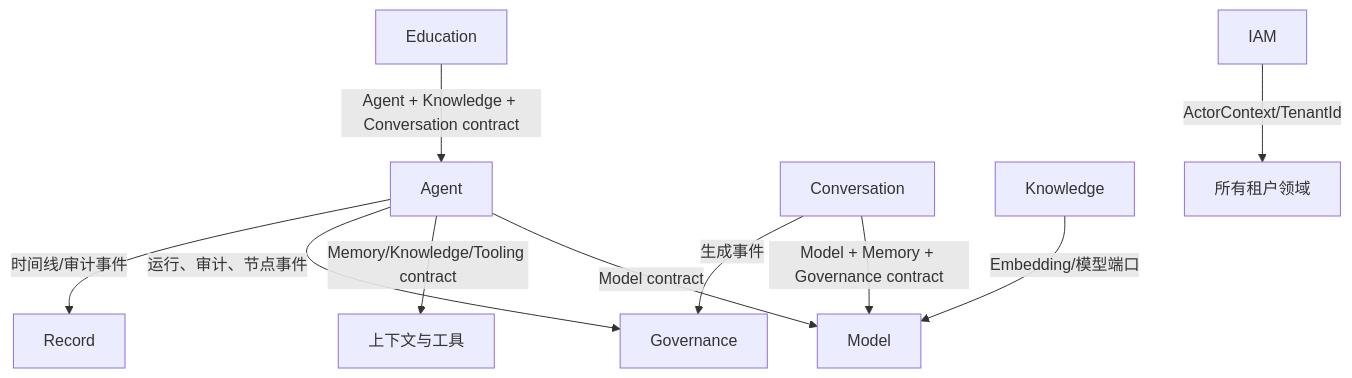
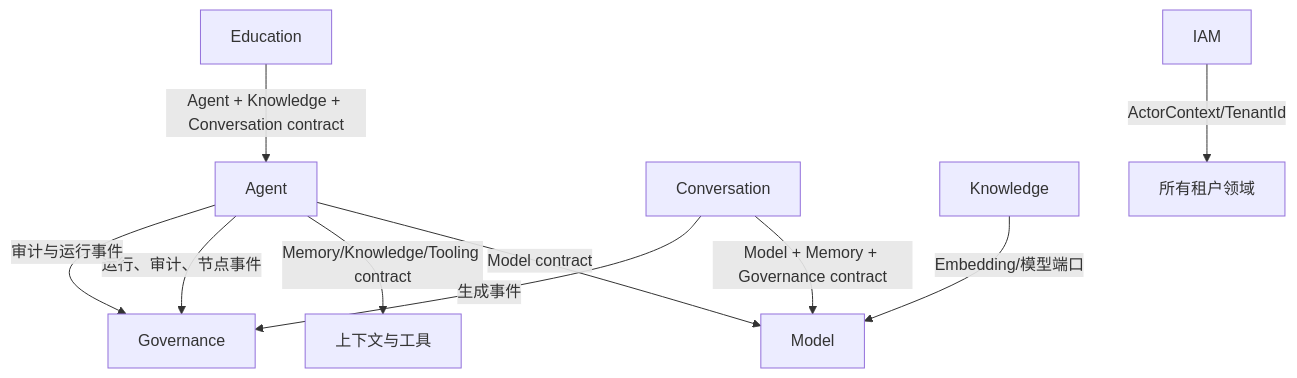
Before and after one commit to ShiRuYu/shiyu-ai: the second of 2 diagrams in docs/系统全景与模块调用.md, drawn with Mermaid. The commit also changed other lines of this file and 1694 other files, not shown here.

````diff
--- a/docs/系统全景与模块调用.md
+++ b/docs/系统全景与模块调用.md
@@ -59,12 +58,12 @@
 ```mermaid
 flowchart TD
     Agent -->|Model contract| Model
     Agent -->|Memory/Knowledge/Tooling contract| Context[上下文与工具]
     Conversation -->|Model + Memory + Governance contract| Model
     Conversation -->|生成事件| Governance
     Agent -->|运行、审计、节点事件| Governance
-    Agent -->|时间线/审计事件| Record
+    Agent -->|审计与运行事件| Governance
     Education -->|Agent + Knowledge + Conversation contract| Agent
     Knowledge -->|Embedding/模型端口| Model
     IAM -->|ActorContext/TenantId| All[所有租户领域]
 ```
````
